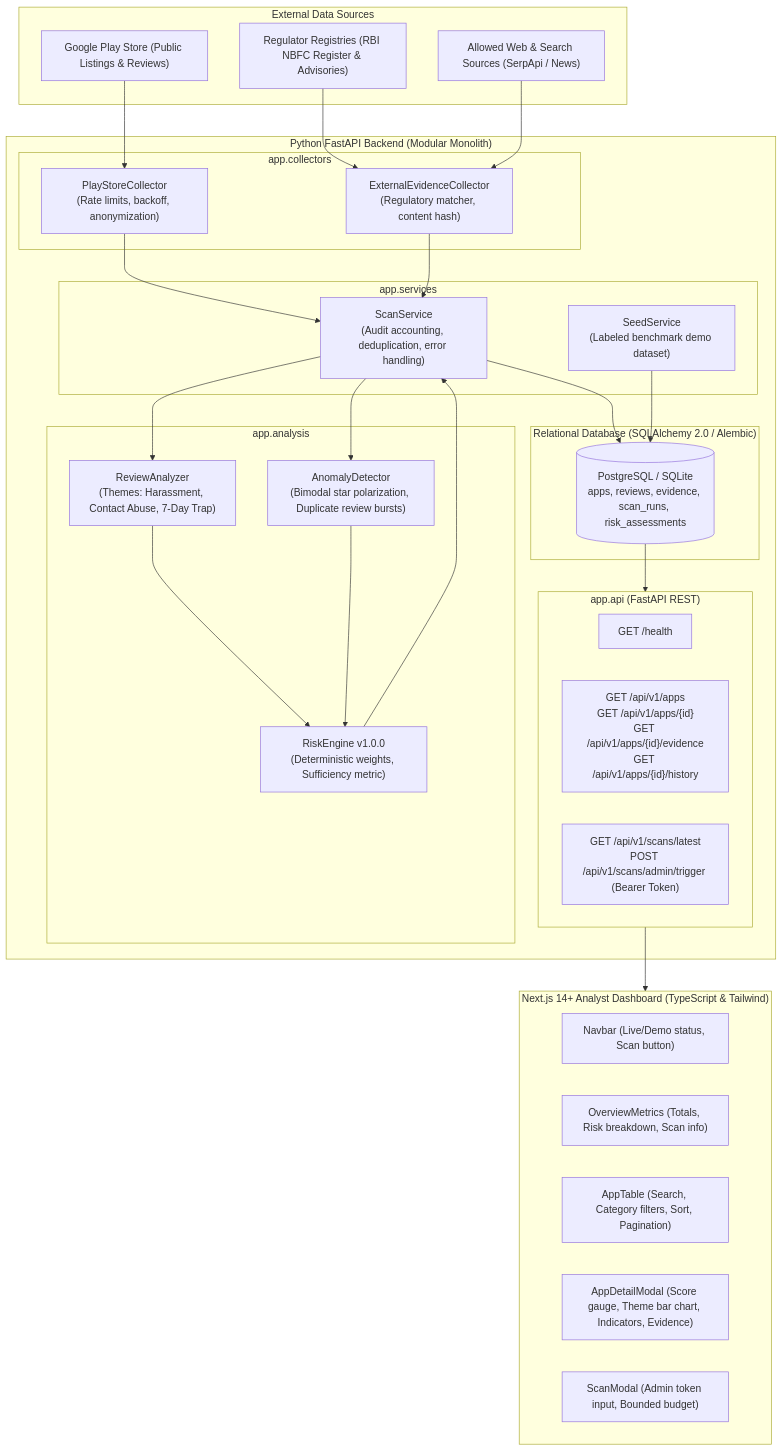
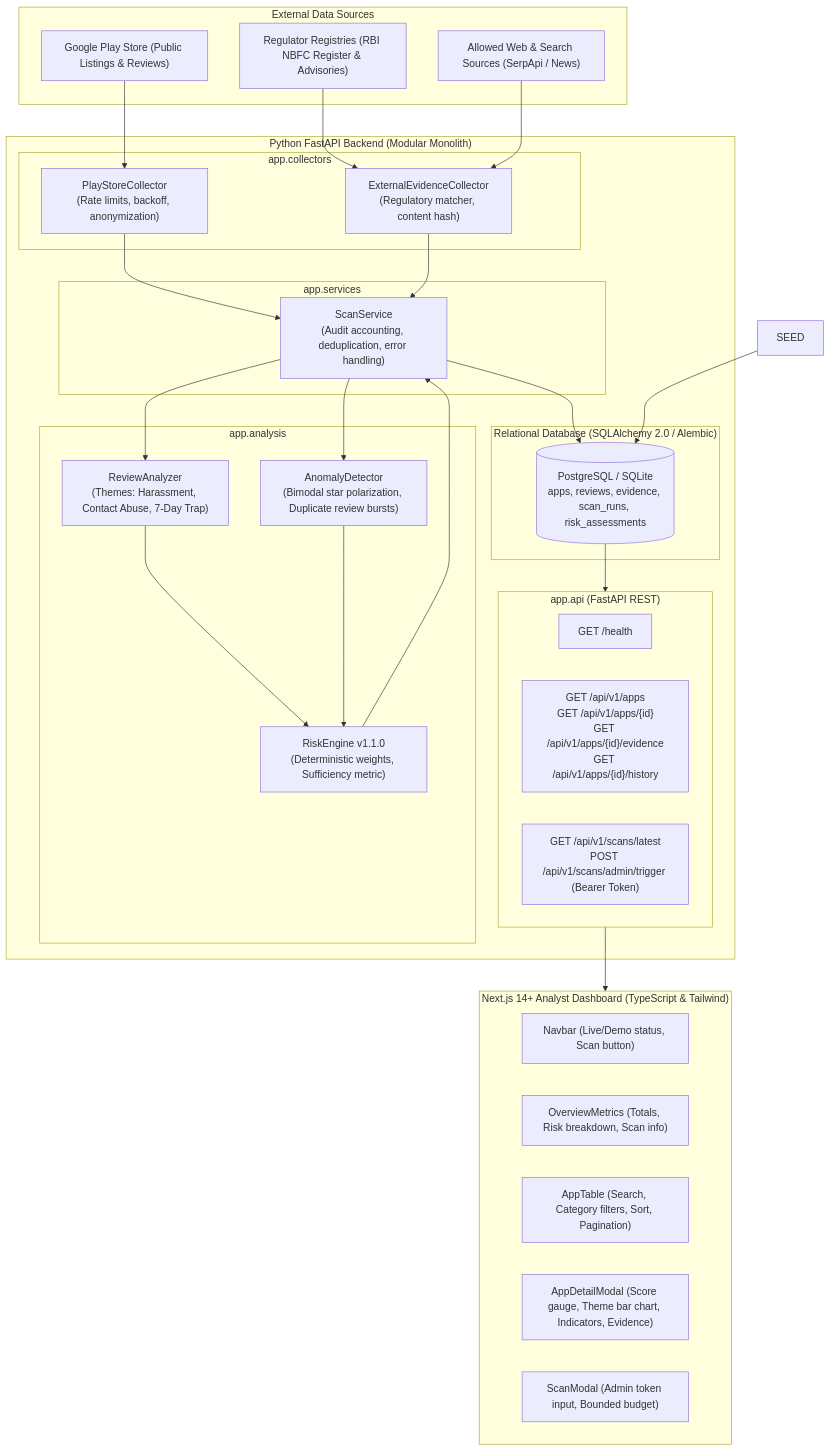
The diagram in docs/ARCHITECTURE.md (Vr838/loan-app-safety-checker), drawn with Mermaid before and after one commit. The commit also changed 83 other files, not shown here.

````diff
--- a/docs/ARCHITECTURE.md
+++ b/docs/ARCHITECTURE.md
@@ -9,64 +9,63 @@
 ```mermaid
 flowchart TD
     subgraph ExternalSources ["External Data Sources"]
         GP["Google Play Store (Public Listings & Reviews)"]
         REG["Regulator Registries (RBI NBFC Register & Advisories)"]
         WEB["Allowed Web & Search Sources (SerpApi / News)"]
     end
 
     subgraph BackendService ["Python FastAPI Backend (Modular Monolith)"]
         subgraph Collectors ["app.collectors"]
             PSC["PlayStoreCollector<br/>(Rate limits, backoff, anonymization)"]
             EEC["ExternalEvidenceCollector<br/>(Regulatory matcher, content hash)"]
         end
 
         subgraph Analysis ["app.analysis"]
             NLP["ReviewAnalyzer<br/>(Themes: Harassment, Contact Abuse, 7-Day Trap)"]
             ANOM["AnomalyDetector<br/>(Bimodal star polarization, Duplicate review bursts)"]
-            RE["RiskEngine v1.0.0<br/>(Deterministic weights, Sufficiency metric)"]
+            RE["RiskEngine v1.1.0<br/>(Deterministic weights, Sufficiency metric)"]
         end
 
         subgraph Services ["app.services"]
             SS["ScanService<br/>(Audit accounting, deduplication, error handling)"]
-            SEED["SeedService<br/>(Labeled benchmark demo dataset)"]
         end
 
         subgraph Database ["Relational Database (SQLAlchemy 2.0 / Alembic)"]
             DB[(PostgreSQL / SQLite<br/>apps, reviews, evidence, scan_runs, risk_assessments)]
         end
 
         subgraph API ["app.api (FastAPI REST)"]
             H_EP["GET /health"]
             A_EP["GET /api/v1/apps<br/>GET /api/v1/apps/{id}<br/>GET /api/v1/apps/{id}/evidence<br/>GET /api/v1/apps/{id}/history"]
             S_EP["GET /api/v1/scans/latest<br/>POST /api/v1/scans/admin/trigger (Bearer Token)"]
         end
     end
 
     subgraph FrontendService ["Next.js 14+ Analyst Dashboard (TypeScript & Tailwind)"]
         UI_NAV["Navbar (Live/Demo status, Scan button)"]
         UI_MET["OverviewMetrics (Totals, Risk breakdown, Scan info)"]
         UI_TBL["AppTable (Search, Category filters, Sort, Pagination)"]
         UI_MOD["AppDetailModal (Score gauge, Theme bar chart, Indicators, Evidence)"]
         UI_SCN["ScanModal (Admin token input, Bounded budget)"]
     end
 
     %% Connections
     GP --> PSC
     REG --> EEC
     WEB --> EEC
 
     PSC --> SS
     EEC --> SS
 
     SS --> NLP
     SS --> ANOM
     NLP --> RE
     ANOM --> RE
 
     RE --> SS
     SS --> DB
     SEED --> DB
 
     DB --> API
     API --> FrontendService
 ```
````
